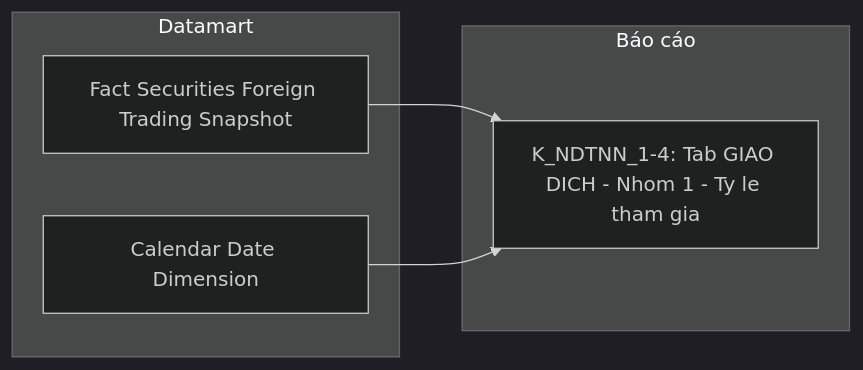
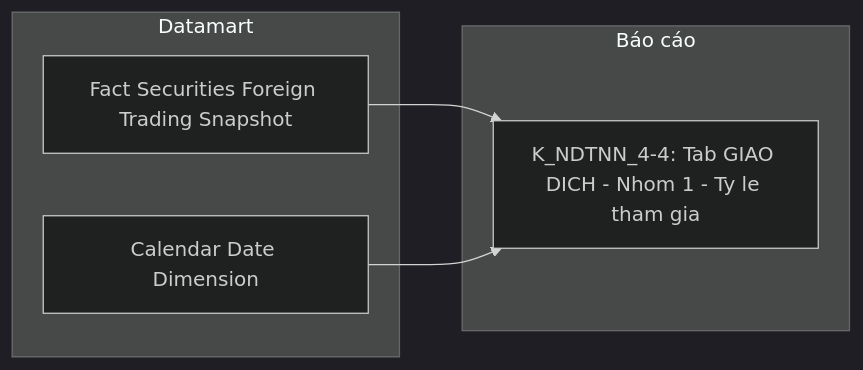
The ninth of 26 diagrams in Datamart/hld/DTM_NDTNN_HLD.md (linhlvit/ubck_atomic_design), drawn with Mermaid (dark theme) before and after one commit. The commit also changed other lines of this file and 62 other files, not shown here.

````diff
--- a/Datamart/hld/DTM_NDTNN_HLD.md
+++ b/Datamart/hld/DTM_NDTNN_HLD.md
@@ -345,12 +375,12 @@
 ```mermaid
 flowchart LR
     subgraph Datamart["Datamart"]
         G1["Fact Securities Foreign Trading Snapshot"]
         G2["Calendar Date Dimension"]
     end
     subgraph RPT["Báo cáo"]
-        R1["K_NDTNN_1-4: Tab GIAO DICH - Nhom 1 - Ty le tham gia"]
+        R1["K_NDTNN_4-4: Tab GIAO DICH - Nhom 1 - Ty le tham gia"]
     end
     G1 --> R1
     G2 --> R1
 ```
````
